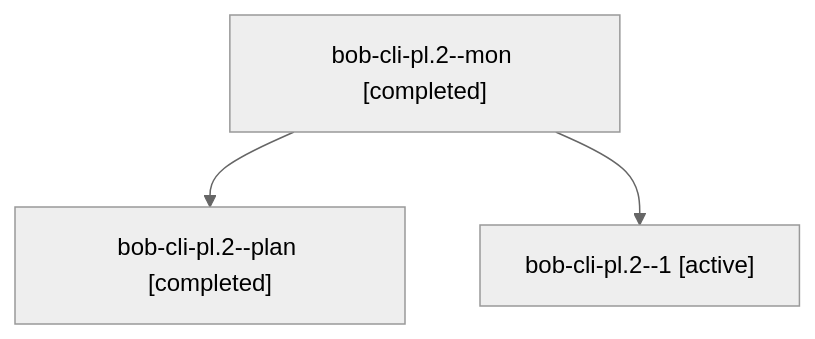
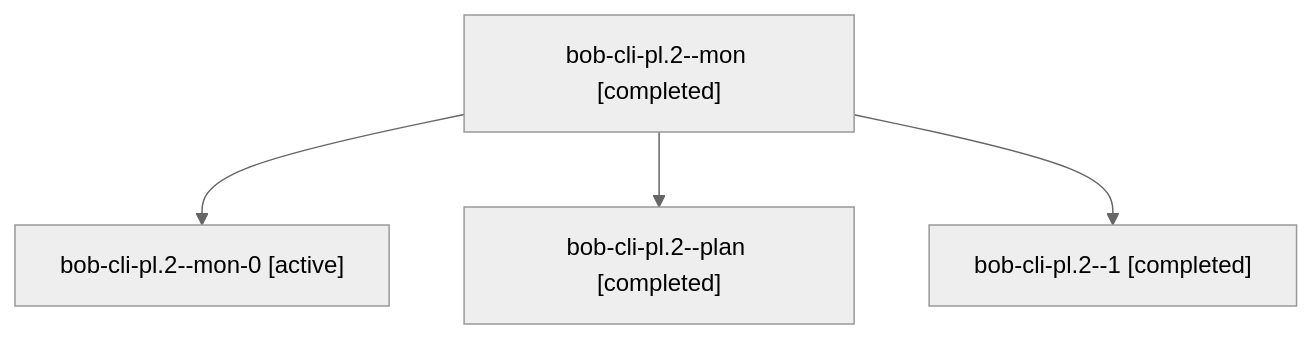
Before and after one commit to bobs-org/bob-cli--agents: the diagram in sessions/bbugyi200.apollo.bob-cli-pl.2.md, drawn with Mermaid (neutral theme). The commit also changed other lines of this file and 58 other files, not shown here.

````diff
--- a/sessions/bbugyi200.apollo.bob-cli-pl.2.md
+++ b/sessions/bbugyi200.apollo.bob-cli-pl.2.md
@@ -9,8 +9,10 @@
 ```mermaid
 flowchart TD
   n0["bob-cli-pl.2--mon [completed]"]
-  n1["bob-cli-pl.2--plan [completed]"]
+  n1["bob-cli-pl.2--mon-0 [active]"]
   n0 --> n1
-  n2["bob-cli-pl.2--1 [active]"]
+  n2["bob-cli-pl.2--plan [completed]"]
   n0 --> n2
+  n3["bob-cli-pl.2--1 [completed]"]
+  n0 --> n3
 ```
````
